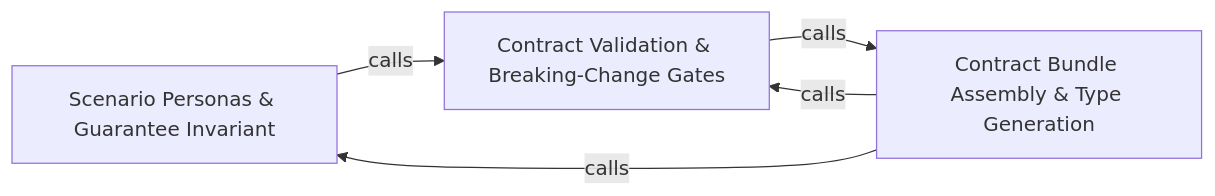
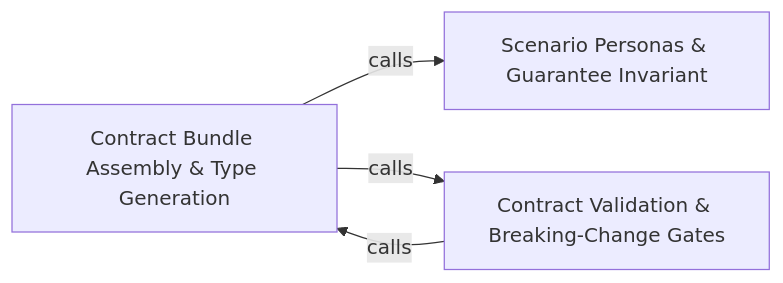
One commit to Guebbit/boilerplate-node-backend changed the diagram in .2brain/arch/Scenario_Personas_Guarantees_5_2_.md. Above: the diagram before and after it, drawn with Mermaid. The commit also changed other lines of this file and 1102 other files, not shown here.

````diff
--- a/.2brain/arch/Scenario_Personas_Guarantees_5_2_.md
+++ b/.2brain/arch/Scenario_Personas_Guarantees_5_2_.md
@@ -10,10 +10,9 @@
 ```mermaid
 graph LR
     Scenario_Personas_Guarantee_Invariant["Scenario Personas & Guarantee Invariant"]
     Contract_Bundle_Assembly_Type_Generation["Contract Bundle Assembly & Type Generation"]
     Contract_Validation_Breaking_Change_Gates["Contract Validation & Breaking-Change Gates"]
-    Scenario_Personas_Guarantee_Invariant -- "calls" --> Contract_Validation_Breaking_Change_Gates
     Contract_Bundle_Assembly_Type_Generation -- "calls" --> Scenario_Personas_Guarantee_Invariant
     Contract_Bundle_Assembly_Type_Generation -- "calls" --> Contract_Validation_Breaking_Change_Gates
     Contract_Validation_Breaking_Change_Gates -- "calls" --> Contract_Bundle_Assembly_Type_Generation
 ```
````
